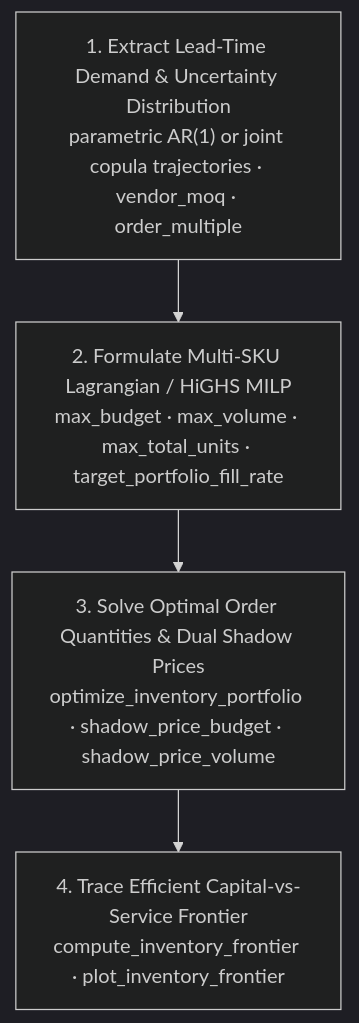
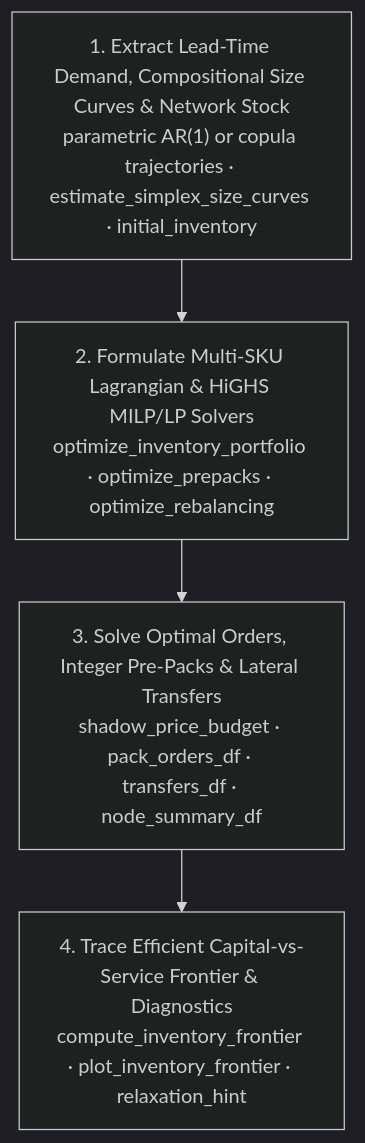
Before and after one commit to statmike/scale-forecasting: the diagram in docs/api/inventory_optimizer.md, drawn with Mermaid (dark theme). The commit also changed other lines of this file and 30 other files, not shown here.

````diff
--- a/docs/api/inventory_optimizer.md
+++ b/docs/api/inventory_optimizer.md
@@ -3,6 +3,6 @@
 ```mermaid
 flowchart TD
-    I1["1. Extract Lead-Time Demand & Uncertainty Distribution<br/>parametric AR(1) or joint copula trajectories · vendor_moq · order_multiple"] --> I2["2. Formulate Multi-SKU Lagrangian / HiGHS MILP<br/>max_budget · max_volume · max_total_units · target_portfolio_fill_rate"]
-    I2 --> I3["3. Solve Optimal Order Quantities & Dual Shadow Prices<br/>optimize_inventory_portfolio · shadow_price_budget · shadow_price_volume"]
-    I3 --> I4["4. Trace Efficient Capital-vs-Service Frontier<br/>compute_inventory_frontier · plot_inventory_frontier"]
+    I1["1. Extract Lead-Time Demand, Compositional Size Curves & Network Stock<br/>parametric AR(1) or copula trajectories · estimate_simplex_size_curves · initial_inventory"] --> I2["2. Formulate Multi-SKU Lagrangian & HiGHS MILP/LP Solvers<br/>optimize_inventory_portfolio · optimize_prepacks · optimize_rebalancing"]
+    I2 --> I3["3. Solve Optimal Orders, Integer Pre-Packs & Lateral Transfers<br/>shadow_price_budget · pack_orders_df · transfers_df · node_summary_df"]
+    I3 --> I4["4. Trace Efficient Capital-vs-Service Frontier & Diagnostics<br/>compute_inventory_frontier · plot_inventory_frontier · relaxation_hint"]
 ```
````
